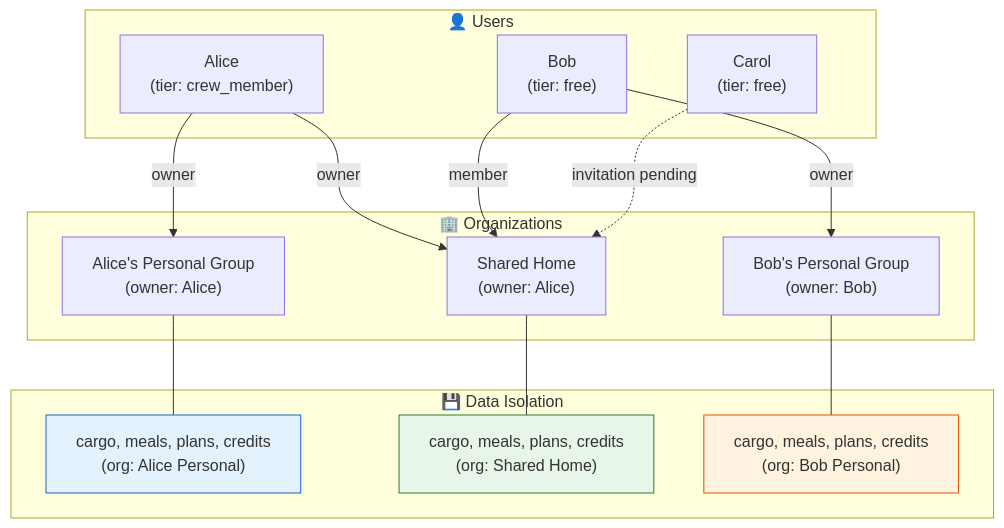
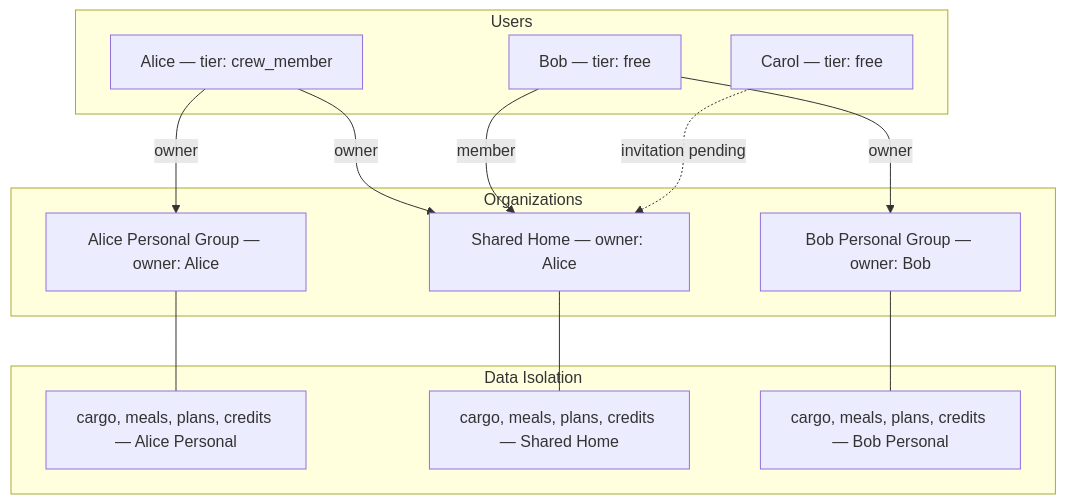
Before and after one commit to bjamesdowning/ration-mirror: diagram 12 of 16 in README.md, drawn with Mermaid. The commit also changed other lines of this file and 1 other file, not shown here.

````diff
--- a/README.md
+++ b/README.md
@@ -625,34 +916,30 @@
 ```mermaid
 flowchart TB
-    subgraph UserLayer["👤 Users"]
-        Alice["Alice<br/>(tier: crew_member)"]
-        Bob["Bob<br/>(tier: free)"]
-        Carol["Carol<br/>(tier: free)"]
+    subgraph UserLayer["Users"]
+        Alice["Alice — tier: crew_member"]
+        Bob["Bob — tier: free"]
+        Carol["Carol — tier: free"]
     end
 
-    subgraph OrgLayer["🏢 Organizations"]
-        PersonalAlice["Alice's Personal Group<br/>(owner: Alice)"]
-        SharedHome["Shared Home<br/>(owner: Alice)"]
-        PersonalBob["Bob's Personal Group<br/>(owner: Bob)"]
+    subgraph OrgLayer["Organizations"]
+        PersonalAlice["Alice Personal Group — owner: Alice"]
+        SharedHome["Shared Home — owner: Alice"]
+        PersonalBob["Bob Personal Group — owner: Bob"]
     end
 
-    subgraph DataLayer["💾 Data Isolation"]
-        DataPA["cargo, meals, plans, credits<br/>(org: Alice Personal)"]
-        DataSH["cargo, meals, plans, credits<br/>(org: Shared Home)"]
-        DataPB["cargo, meals, plans, credits<br/>(org: Bob Personal)"]
+    subgraph DataLayer["Data Isolation"]
+        DataPA["cargo, meals, plans, credits — Alice Personal"]
+        DataSH["cargo, meals, plans, credits — Shared Home"]
+        DataPB["cargo, meals, plans, credits — Bob Personal"]
     end
 
     Alice -->|"owner"| PersonalAlice
     Alice -->|"owner"| SharedHome
     Bob -->|"member"| SharedHome
     Bob -->|"owner"| PersonalBob
     Carol -.->|"invitation pending"| SharedHome
 
     PersonalAlice --- DataPA
     SharedHome --- DataSH
     PersonalBob --- DataPB
-
-    style DataPA fill:#e3f2fd,stroke:#1565c0
-    style DataSH fill:#e8f5e9,stroke:#2e7d32
-    style DataPB fill:#fff3e0,stroke:#e65100
 ```
````
